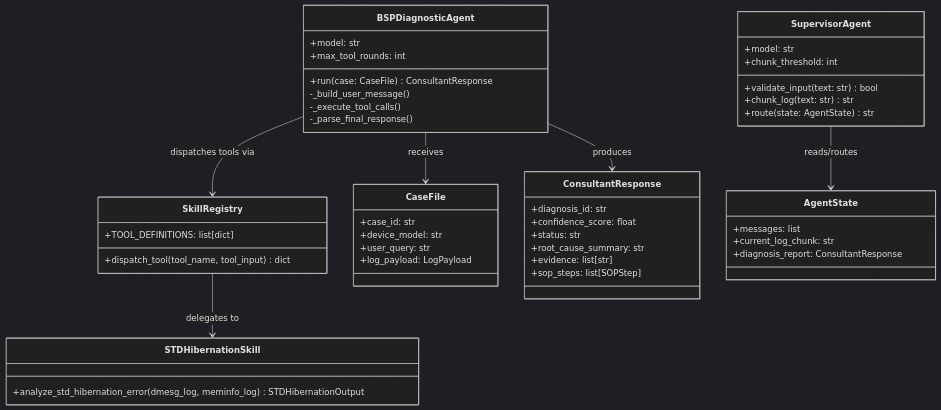
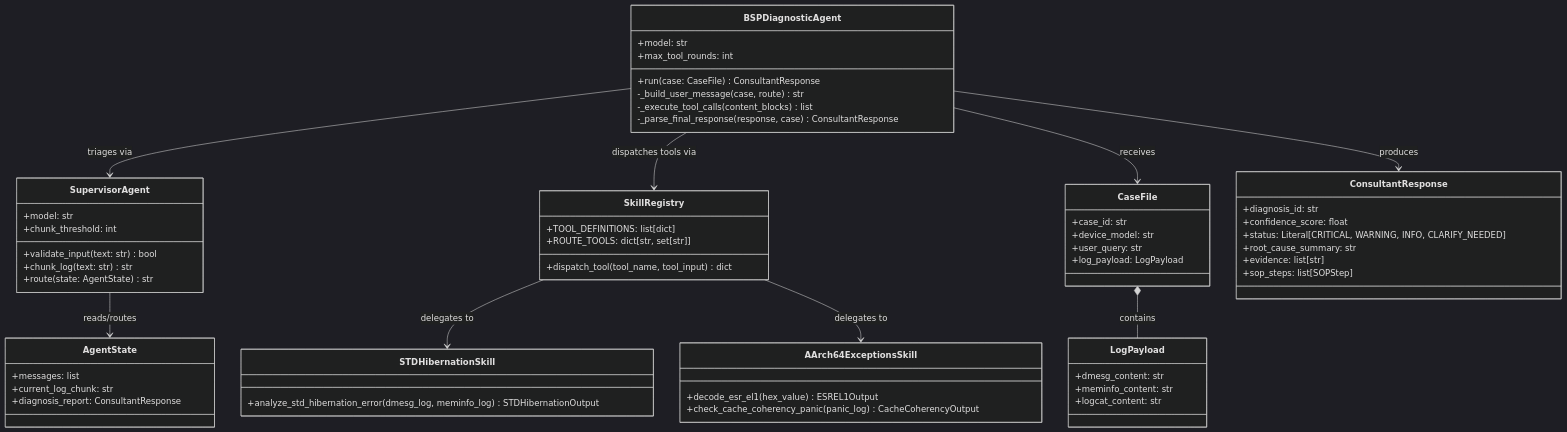
One commit to jonaschen/ai-bsp-agent changed the first of 2 diagrams in DESIGN.md. Above: the diagram before and after it, drawn with Mermaid (dark theme). The commit also changed other lines of this file and 1 other file, not shown here.

Commit message:
Update roadmap

````diff
--- a/DESIGN.md
+++ b/DESIGN.md
@@ -18,56 +21,71 @@
 ```mermaid
 classDiagram
     class BSPDiagnosticAgent {
         +model: str
         +max_tool_rounds: int
         +run(case: CaseFile) ConsultantResponse
-        -_build_user_message()
-        -_execute_tool_calls()
-        -_parse_final_response()
+        -_build_user_message(case, route) str
+        -_execute_tool_calls(content_blocks) list
+        -_parse_final_response(response, case) ConsultantResponse
     }
 
     class SupervisorAgent {
         +model: str
         +chunk_threshold: int
         +validate_input(text: str) bool
         +chunk_log(text: str) str
         +route(state: AgentState) str
     }
 
     class SkillRegistry {
         +TOOL_DEFINITIONS: list[dict]
+        +ROUTE_TOOLS: dict[str, set[str]]
         +dispatch_tool(tool_name, tool_input) dict
     }
 
     class STDHibernationSkill {
         +analyze_std_hibernation_error(dmesg_log, meminfo_log) STDHibernationOutput
+    }
+
+    class AArch64ExceptionsSkill {
+        +decode_esr_el1(hex_value) ESREL1Output
+        +check_cache_coherency_panic(panic_log) CacheCoherencyOutput
     }
 
     class CaseFile {
         +case_id: str
         +device_model: str
         +user_query: str
         +log_payload: LogPayload
     }
 
+    class LogPayload {
+        +dmesg_content: str
+        +meminfo_content: str
+        +logcat_content: str
+    }
+
     class ConsultantResponse {
         +diagnosis_id: str
         +confidence_score: float
-        +status: str
+        +status: Literal[CRITICAL, WARNING, INFO, CLARIFY_NEEDED]
         +root_cause_summary: str
         +evidence: list[str]
         +sop_steps: list[SOPStep]
     }
 
     class AgentState {
         +messages: list
         +current_log_chunk: str
         +diagnosis_report: ConsultantResponse
     }
 
+    BSPDiagnosticAgent --> SupervisorAgent : triages via
     BSPDiagnosticAgent --> SkillRegistry : dispatches tools via
     BSPDiagnosticAgent --> CaseFile : receives
     BSPDiagnosticAgent --> ConsultantResponse : produces
     SupervisorAgent --> AgentState : reads/routes
+    CaseFile *-- LogPayload : contains
     SkillRegistry --> STDHibernationSkill : delegates to
+    SkillRegistry --> AArch64ExceptionsSkill : delegates to
 ```
````
